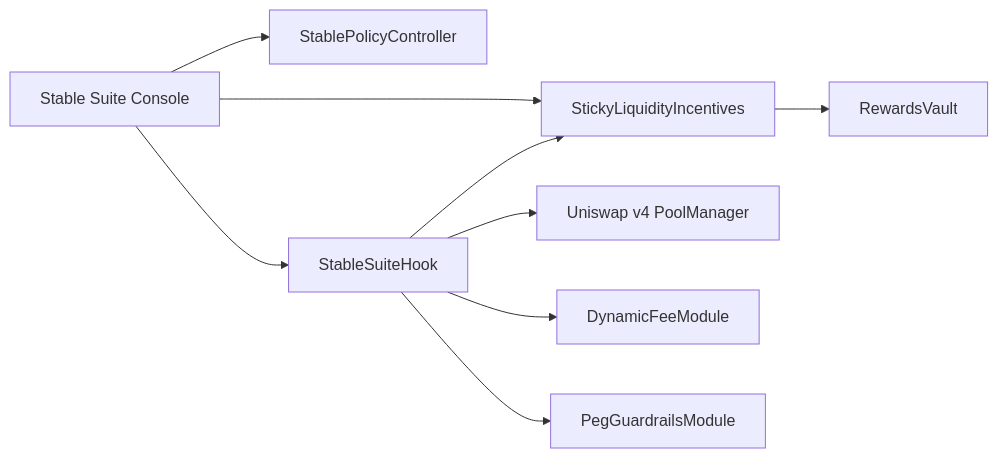
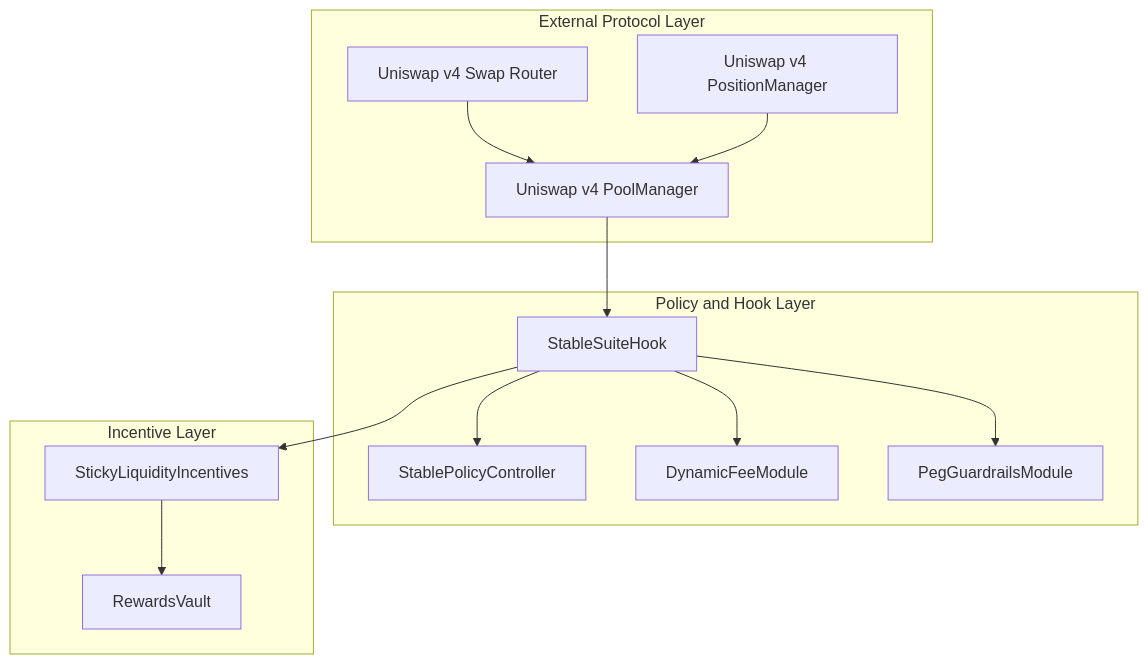
Before and after one commit to Najnomics/Stable-Focused-Hook-Suite: the first of 3 diagrams in README.md, drawn with Mermaid. The commit also changed other lines of this file, not shown here.

Commit message:
docs: rewrite README with technical architecture and demo evidence

````diff
--- a/README.md
+++ b/README.md
@@ -29,11 +59,29 @@
 ```mermaid
-flowchart LR
-  UI[Stable Suite Console] --> Controller[StablePolicyController]
-  UI --> Hook[StableSuiteHook]
-  UI --> Incentives[StickyLiquidityIncentives]
-  Hook --> PM[Uniswap v4 PoolManager]
-  Hook --> DF[DynamicFeeModule]
-  Hook --> PG[PegGuardrailsModule]
-  Hook --> Incentives
-  Incentives --> Vault[RewardsVault]
+flowchart TD
+  subgraph external_layer["External Protocol Layer"]
+    ur[Uniswap v4 Swap Router]
+    pm[Uniswap v4 PoolManager]
+    posm[Uniswap v4 PositionManager]
+  end
+
+  subgraph policy_layer["Policy and Hook Layer"]
+    hook[StableSuiteHook]
+    controller[StablePolicyController]
+    fee_mod[DynamicFeeModule]
+    guard_mod[PegGuardrailsModule]
+  end
+
+  subgraph incentives_layer["Incentive Layer"]
+    incentives[StickyLiquidityIncentives]
+    vault[RewardsVault]
+  end
+
+  ur --> pm
+  posm --> pm
+  pm --> hook
+  hook --> controller
+  hook --> fee_mod
+  hook --> guard_mod
+  hook --> incentives
+  incentives --> vault
 ```
````
